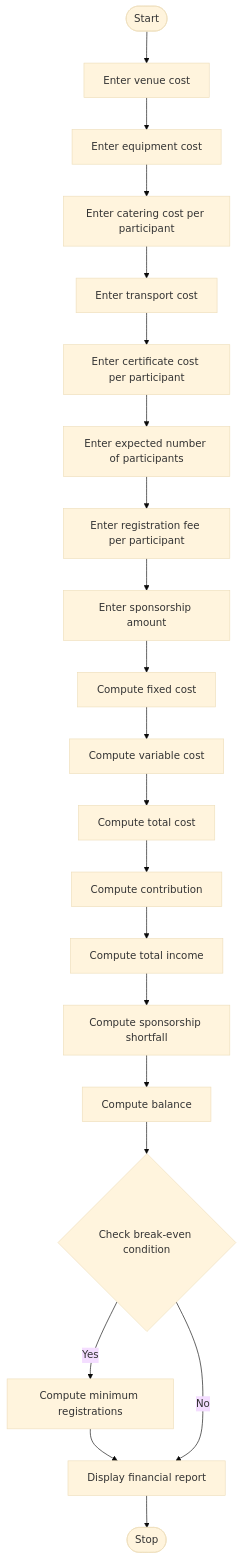
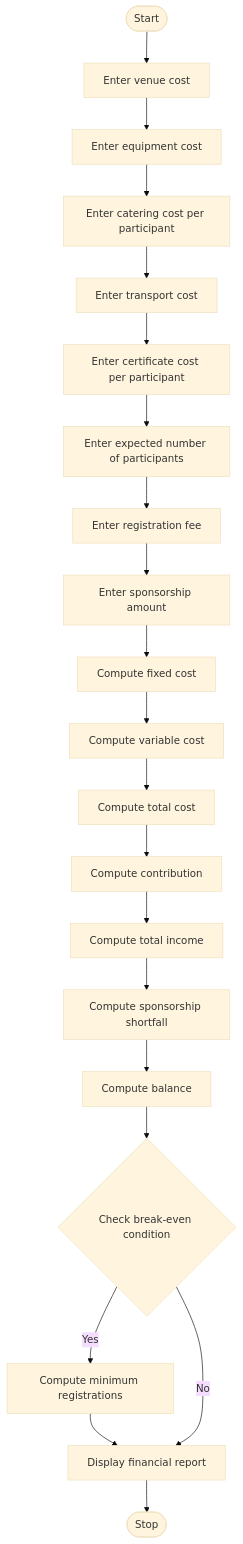
The diagram in task 2/code.md (greeshma101108/python-programming1641), drawn with Mermaid (base theme) before and after one commit.

Commit message:
Replace the flowchart in the documentation with the simpler GitHub-compatible Mermaid flowchart and keep the rest of the file unchanged.

````diff
--- a/task 2/code.md
+++ b/task 2/code.md
@@ -95,23 +95,23 @@
 ```mermaid
 flowchart TD
     A([Start]) --> B[Enter venue cost]
     B --> C[Enter equipment cost]
     C --> D[Enter catering cost per participant]
     D --> E[Enter transport cost]
     E --> F[Enter certificate cost per participant]
     F --> G[Enter expected number of participants]
-    G --> H[Enter registration fee per participant]
+    G --> H[Enter registration fee]
     H --> I[Enter sponsorship amount]
     I --> J[Compute fixed cost]
     J --> K[Compute variable cost]
     K --> L[Compute total cost]
     L --> M[Compute contribution]
     M --> N[Compute total income]
     N --> O[Compute sponsorship shortfall]
     O --> P[Compute balance]
     P --> Q{Check break-even condition}
     Q -- Yes --> R[Compute minimum registrations]
     R --> S[Display financial report]
     Q -- No --> S
     S --> T([Stop])
 ```
````
